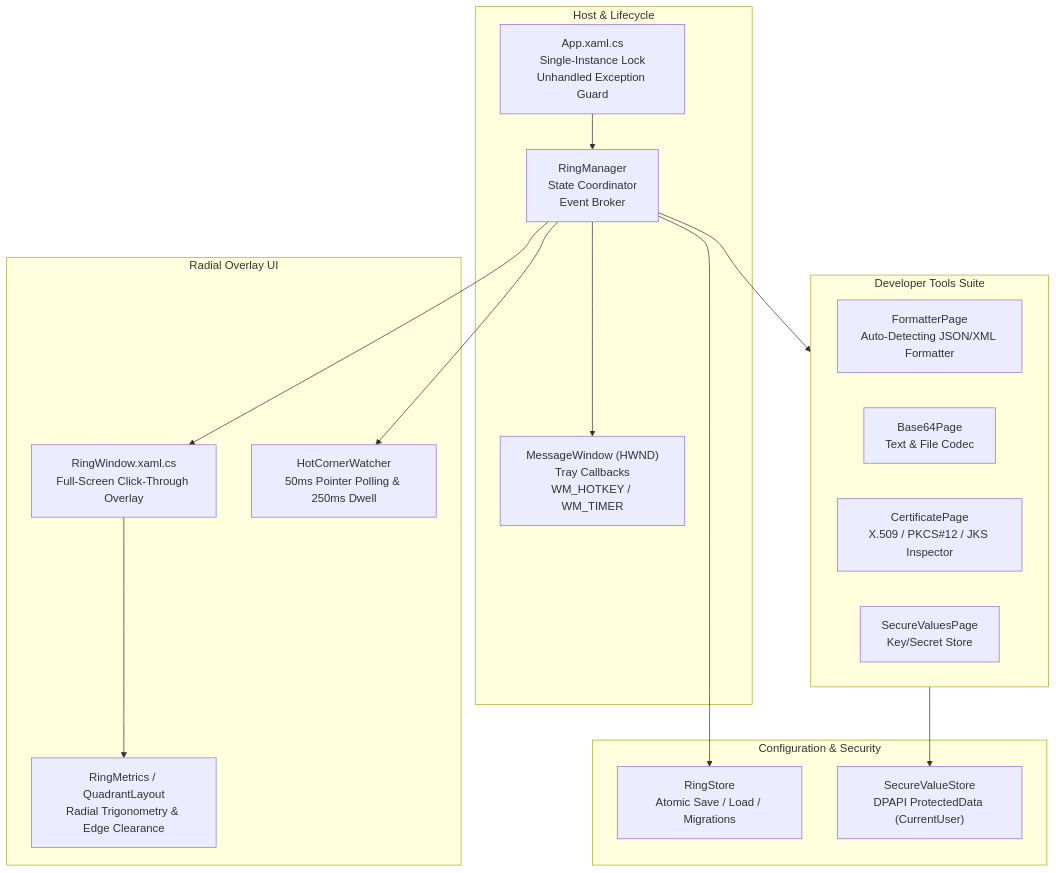
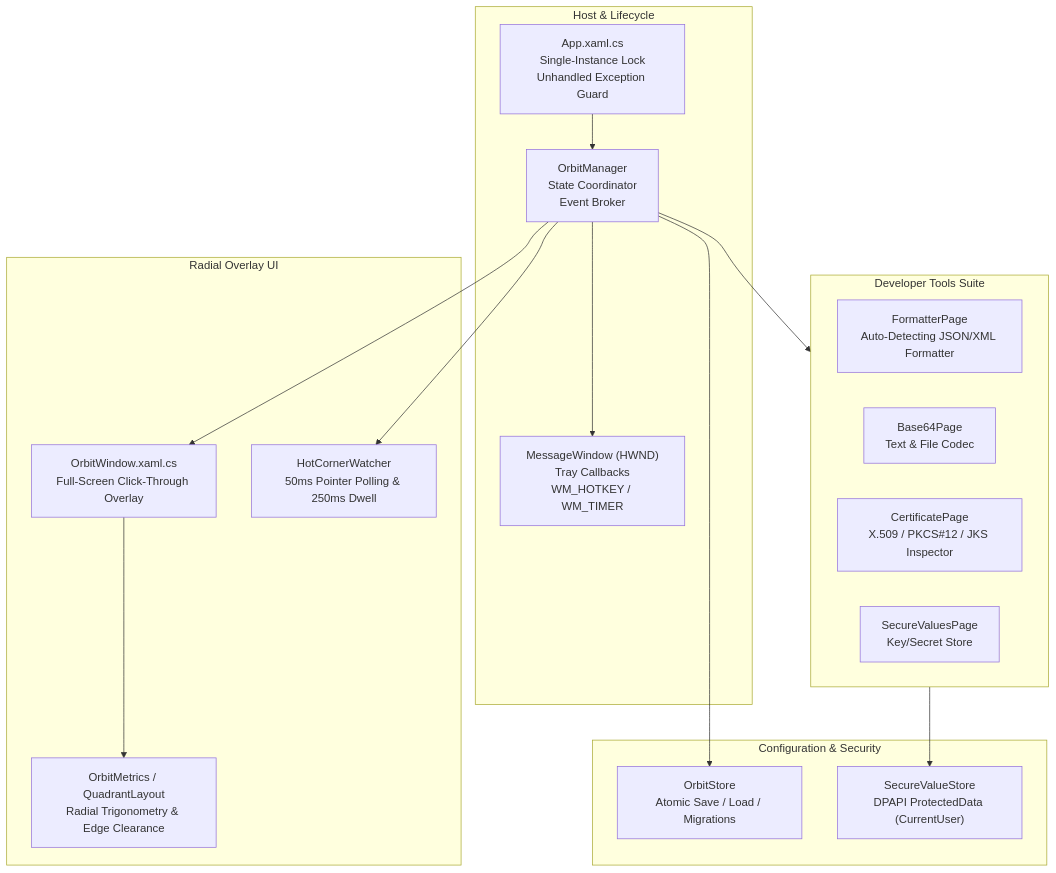
Before and after one commit to framedparadox/SwiftX: the diagram in DESIGN.md, drawn with Mermaid. The commit also changed other lines of this file and 102 other files, not shown here.

````diff
--- a/DESIGN.md
+++ b/DESIGN.md
@@ -25,35 +25,35 @@
 ```mermaid
 graph TD
     subgraph Core ["Host & Lifecycle"]
         App["App.xaml.cs\nSingle-Instance Lock\nUnhandled Exception Guard"]
-        RM["RingManager\nState Coordinator\nEvent Broker"]
+        RM["OrbitManager\nState Coordinator\nEvent Broker"]
         MW["MessageWindow (HWND)\nTray Callbacks\nWM_HOTKEY / WM_TIMER"]
     end
 
     subgraph Overlay ["Radial Overlay UI"]
-        RW["RingWindow.xaml.cs\nFull-Screen Click-Through Overlay"]
-        RM_GEO["RingMetrics / QuadrantLayout\nRadial Trigonometry & Edge Clearance"]
+        RW["OrbitWindow.xaml.cs\nFull-Screen Click-Through Overlay"]
+        RM_GEO["OrbitMetrics / QuadrantLayout\nRadial Trigonometry & Edge Clearance"]
         HCW["HotCornerWatcher\n50ms Pointer Polling & 250ms Dwell"]
     end
 
     subgraph Storage ["Configuration & Security"]
-        RS["RingStore\nAtomic Save / Load / Migrations"]
+        RS["OrbitStore\nAtomic Save / Load / Migrations"]
         SVS["SecureValueStore\nDPAPI ProtectedData (CurrentUser)"]
     end
 
     subgraph Tools ["Developer Tools Suite"]
         FP["FormatterPage\nAuto-Detecting JSON/XML Formatter"]
         BP["Base64Page\nText & File Codec"]
         CP["CertificatePage\nX.509 / PKCS#12 / JKS Inspector"]
         SP["SecureValuesPage\nKey/Secret Store"]
     end
 
     App --> RM
     RM --> MW
     RM --> RW
     RM --> HCW
     RM --> RS
     RW --> RM_GEO
     RM --> Tools
     Tools --> SVS
 ```
````
